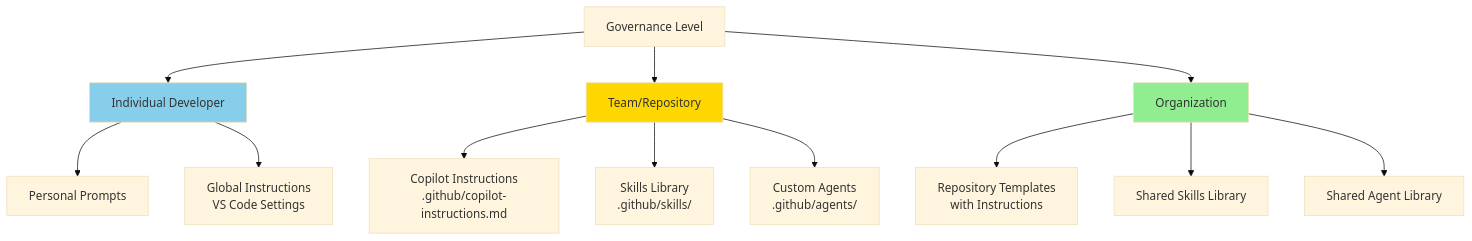
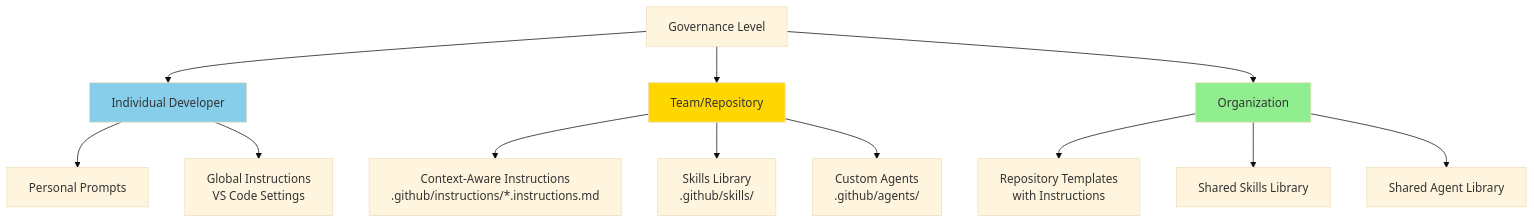
Diagram 16 of 16 in docs/design/diagrams/agent-vs-instructions-vs-prompts.md (mcollier/ai-coding-workshop), drawn with Mermaid (base theme) before and after one commit. The commit also changed other lines of this file and 14 other files, not shown here.

````diff
--- a/docs/design/diagrams/agent-vs-instructions-vs-prompts.md
+++ b/docs/design/diagrams/agent-vs-instructions-vs-prompts.md
@@ -445,23 +448,23 @@
 ```mermaid
 graph TB
     Level[Governance Level]
     
     Level --> Individual[Individual Developer]
     Level --> Team[Team/Repository]
     Level --> Org[Organization]
     
     Individual --> IPrompts[Personal Prompts]
     Individual --> IGlobal[Global Instructions<br/>VS Code Settings]
     
-    Team --> TInstructions[Copilot Instructions<br/>.github/copilot-instructions.md]
+    Team --> TInstructions[Context-Aware Instructions<br/>.github/instructions/*.instructions.md]
     Team --> TSkills[Skills Library<br/>.github/skills/]
     Team --> TAgents[Custom Agents<br/>.github/agents/]
     
     Org --> OTemplates[Repository Templates<br/>with Instructions]
     Org --> OSkillLib[Shared Skills Library]
     Org --> OAgentLib[Shared Agent Library]
     
     style Individual fill:#87ceeb
     style Team fill:#ffd700
     style Org fill:#90ee90
 ```
````
